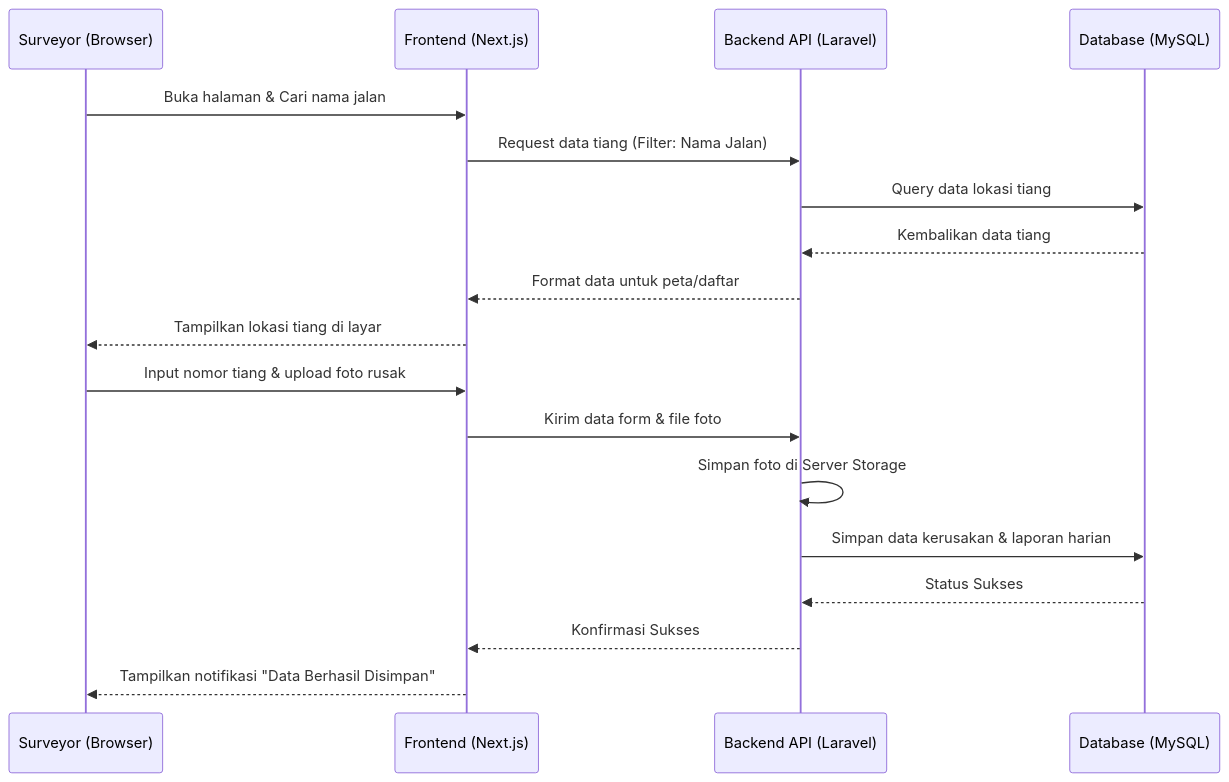
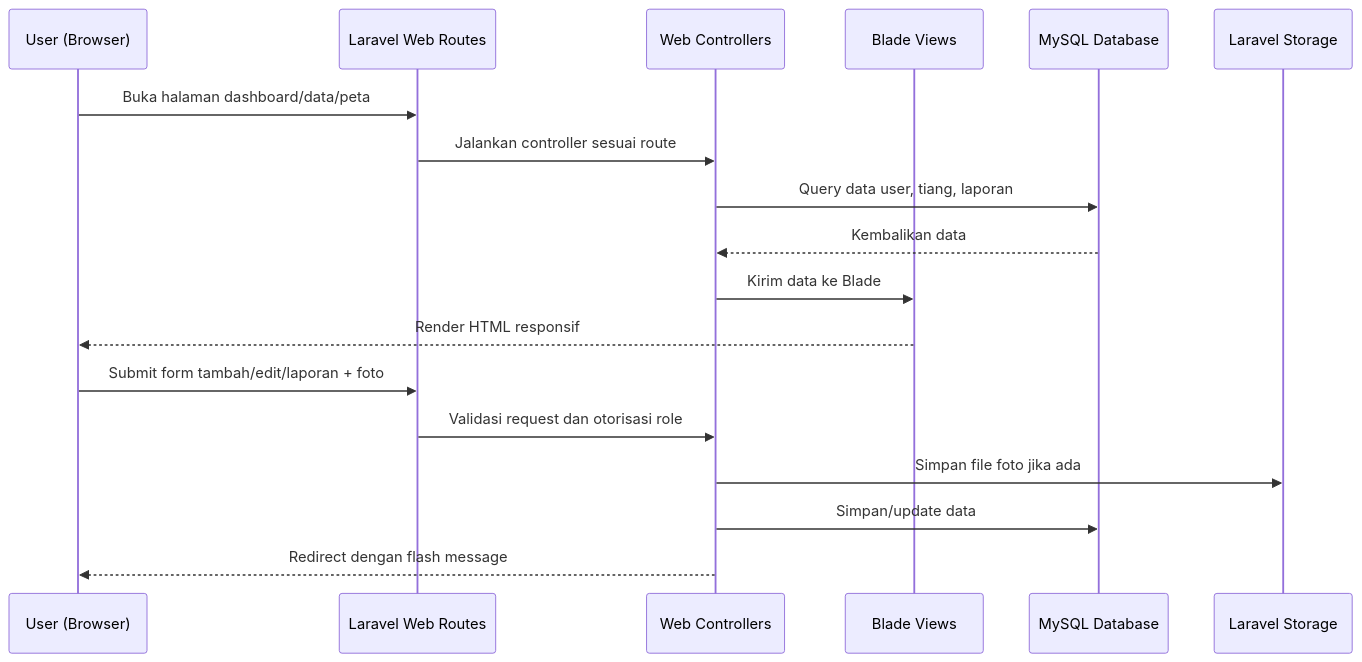
The first of 2 diagrams in prd.md (penerangan73-blip/apptiang), drawn with Mermaid before and after one commit. The commit also changed other lines of this file and 87 other files, not shown here.

````diff
--- a/prd.md
+++ b/prd.md
@@ -29,22 +50,22 @@
 ```mermaid
 sequenceDiagram
-    participant S as Surveyor (Browser)
-    participant F as Frontend (Next.js)
-    participant B as Backend API (Laravel)
-    participant DB as Database (MySQL)
+    participant U as User (Browser)
+    participant R as Laravel Web Routes
+    participant C as Web Controllers
+    participant B as Blade Views
+    participant DB as MySQL Database
+    participant FS as Laravel Storage
 
-    S->>F: Buka halaman & Cari nama jalan
-    F->>B: Request data tiang (Filter: Nama Jalan)
-    B->>DB: Query data lokasi tiang
-    DB-->>B: Kembalikan data tiang
-    B-->>F: Format data untuk peta/daftar
-    F-->>S: Tampilkan lokasi tiang di layar
-    
-    S->>F: Input nomor tiang & upload foto rusak
-    F->>B: Kirim data form & file foto
-    B->>B: Simpan foto di Server Storage
-    B->>DB: Simpan data kerusakan & laporan harian
-    DB-->>B: Status Sukses
-    B-->>F: Konfirmasi Sukses
-    F-->>S: Tampilkan notifikasi "Data Berhasil Disimpan"
+    U->>R: Buka halaman dashboard/data/peta
+    R->>C: Jalankan controller sesuai route
+    C->>DB: Query data user, tiang, laporan
+    DB-->>C: Kembalikan data
+    C->>B: Kirim data ke Blade
+    B-->>U: Render HTML responsif
+
+    U->>R: Submit form tambah/edit/laporan + foto
+    R->>C: Validasi request dan otorisasi role
+    C->>FS: Simpan file foto jika ada
+    C->>DB: Simpan/update data
+    C-->>U: Redirect dengan flash message
 ```
````
